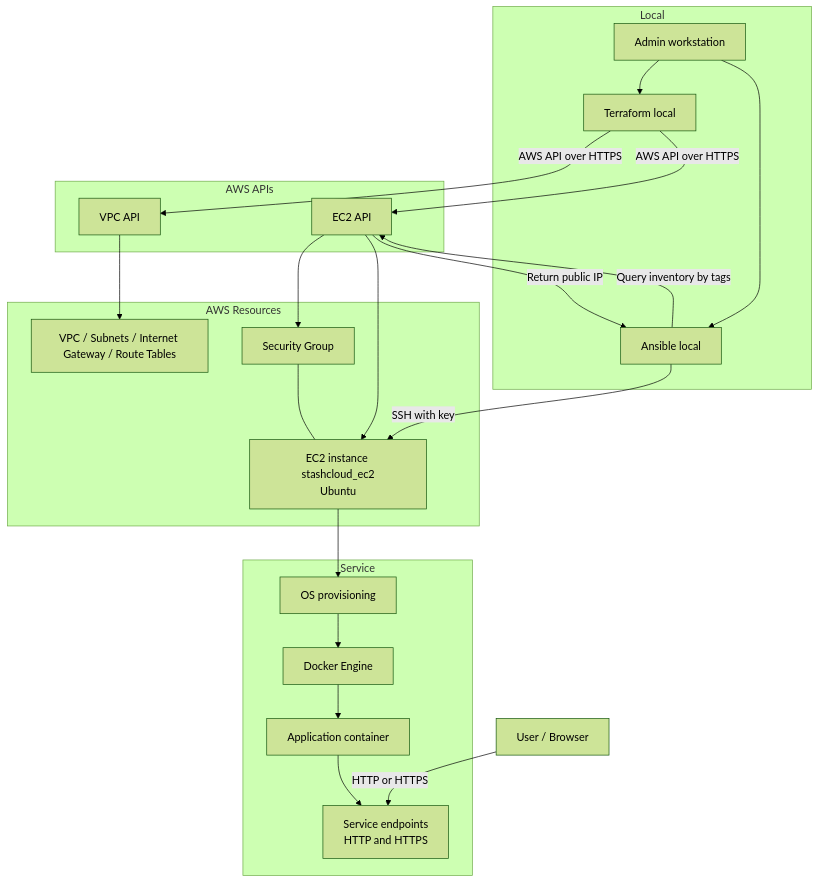
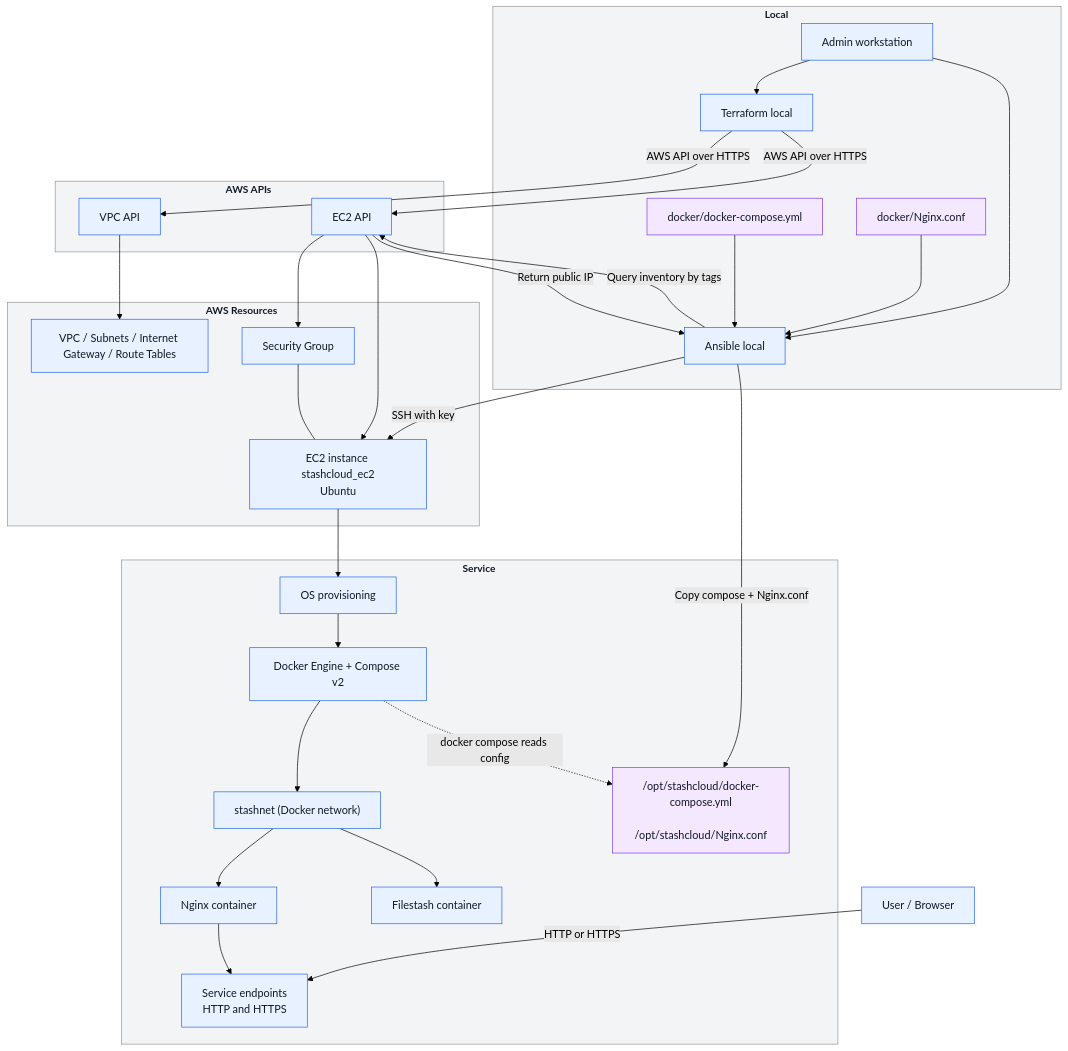
The second of 2 diagrams in README.md (gsiegwald/stashcloud), drawn with Mermaid (forest theme) before and after one commit. The commit also changed other lines of this file, not shown here.

````diff
--- a/README.md
+++ b/README.md
@@ -121,41 +129,67 @@
 ```mermaid
 ---
 config:
   layout: default
 ---
 flowchart TB
-  subgraph L["Local"]
+  subgraph L[" Local "]
     U["Admin workstation"]
     TF["Terraform local"]
     ANS["Ansible local"]
+    DC["docker/docker-compose.yml"]
+    NC["docker/Nginx.conf"]
   end
 
   subgraph CP["AWS APIs"]
     VPCAPI["VPC API"]
     EC2API["EC2 API"]
   end
 
   subgraph DP["AWS Resources"]
     VPC["VPC / Subnets / Internet Gateway / Route Tables"]
     SG["Security Group"]
     EC2["EC2 instance stashcloud_ec2\nUbuntu"]
   end
 
-  subgraph APP["Service"]
+  subgraph APP["Service  "]
     OS["OS provisioning"]
-    DOCKER["Docker Engine"]
-    CT["Application container"]
+    DOCKER["Docker Engine + Compose v2"]
+    ST["stashnet (Docker network)"]
+    NGX["Nginx container"]
+    FLS["Filestash container"]
     EP["Service endpoints <br>HTTP and HTTPS"]
+    OPT["/opt/stashcloud/docker-compose.yml
+    /opt/stashcloud/Nginx.conf"]
   end
 
   U --> TF & ANS
   TF -- AWS API over HTTPS --> VPCAPI & EC2API
   VPCAPI --> VPC
   EC2API --> SG & EC2
   SG --- EC2
   ANS -- Query inventory by tags --> EC2API
   EC2API -- Return public IP --> ANS
   ANS -- SSH with key --> EC2
-  EC2 --> OS --> DOCKER --> CT --> EP
+
+  ANS -- Copy compose + Nginx.conf --> OPT
+  DC --> ANS
+  NC --> ANS
+
+  EC2 --> OS --> DOCKER --> ST
+  ST --> NGX --> EP
+  ST --> FLS
   B["User / Browser"] -- HTTP or HTTPS --> EP
+  DOCKER -. "docker compose reads config" .-> OPT
+
+%% ---- Subgraph styling (backgrounds) ----
+style L  fill:#F3F4F6,stroke:#949494,stroke-width:1px,color:#111827,font-size:15px,font-weight:bold
+style CP fill:#F3F4F6,stroke:#949494,stroke-width:1px,color:#111827,font-size:15px,font-weight:bold
+style DP fill:#F3F4F6,stroke:#949494,stroke-width:1px,color:#111827,font-size:15px,font-weight:bold
+style APP fill:#F3F4F6,stroke:#949494,stroke-width:1px,color:#111827,font-size:15px,font-weight:bold
+%% ---- Node styling ----
+classDef fileNode fill:#F3E8FF,stroke:#7C3AED,stroke-width:1px,color:#111827;
+classDef default  fill:#E8F1FF,stroke:#2563EB,stroke-width:1px,color:#111827;
+
+%% Apply file style to file nodes
+class DC,NC,OPT fileNode;
 ```
````
